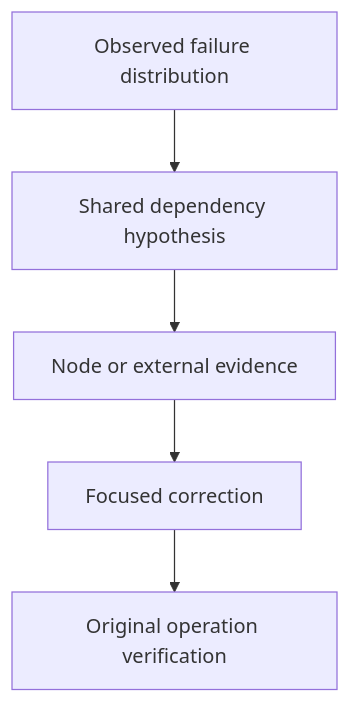
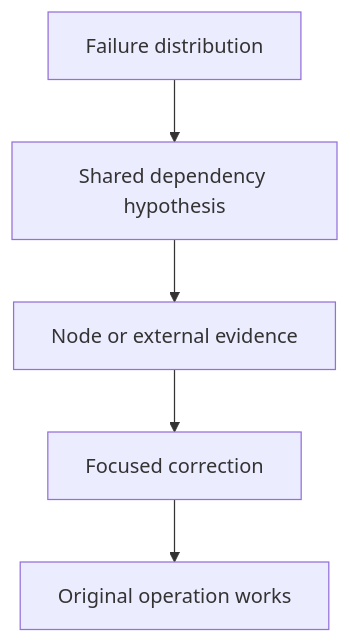
One commit to astrona-io/ATS023 changed the diagram in sections/section-010/module-01/course-02-node-health-and-shared-dependencies.md. Above: the diagram before and after it, drawn with Mermaid. The commit also changed other lines of this file and 408 other files, not shown here.

````diff
--- a/sections/section-010/module-01/course-02-node-health-and-shared-dependencies.md
+++ b/sections/section-010/module-01/course-02-node-health-and-shared-dependencies.md
@@ -56,12 +70,7 @@
 ```mermaid
 flowchart TB
-    N0["Observed failure distribution"]
-    N1["Shared dependency hypothesis"]
-    N2["Node or external evidence"]
-    N3["Focused correction"]
-    N4["Original operation verification"]
-    N0 --> N1
-    N1 --> N2
-    N2 --> N3
-    N3 --> N4
+    A["Failure distribution"] --> B["Shared dependency hypothesis"]
+    B --> C["Node or external evidence"]
+    C --> D["Focused correction"]
+    D --> E["Original operation works"]
 ```
````
